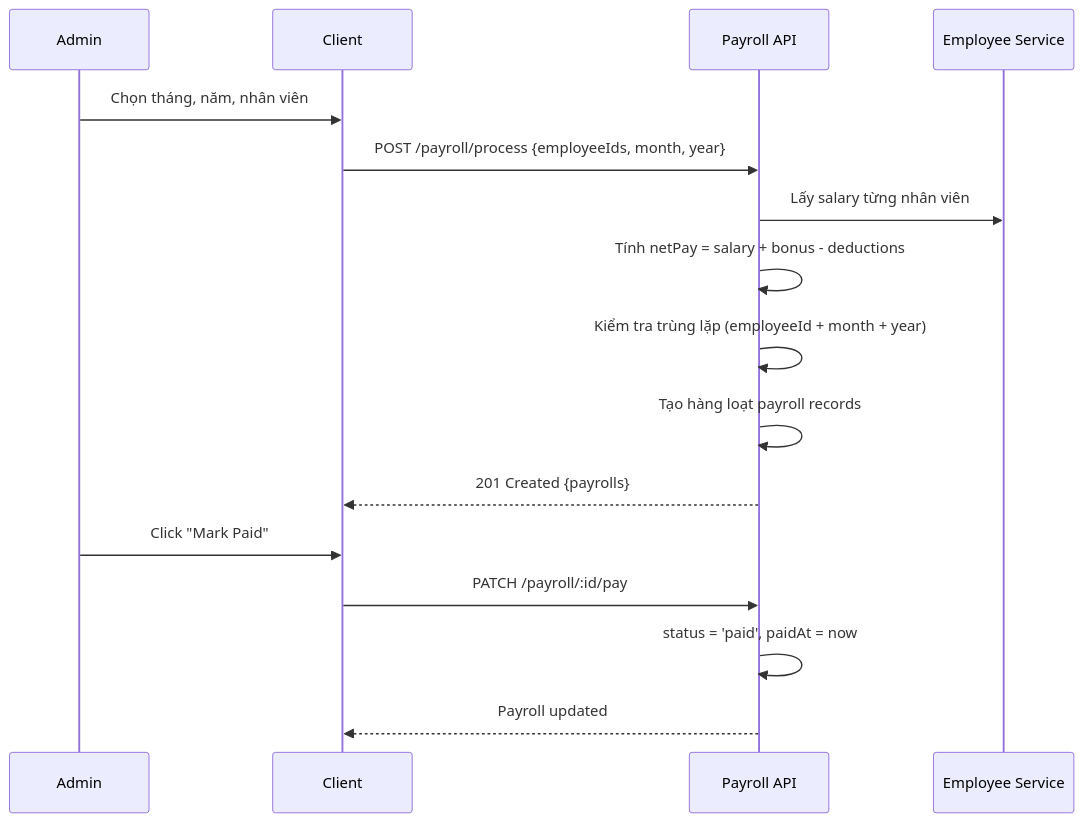
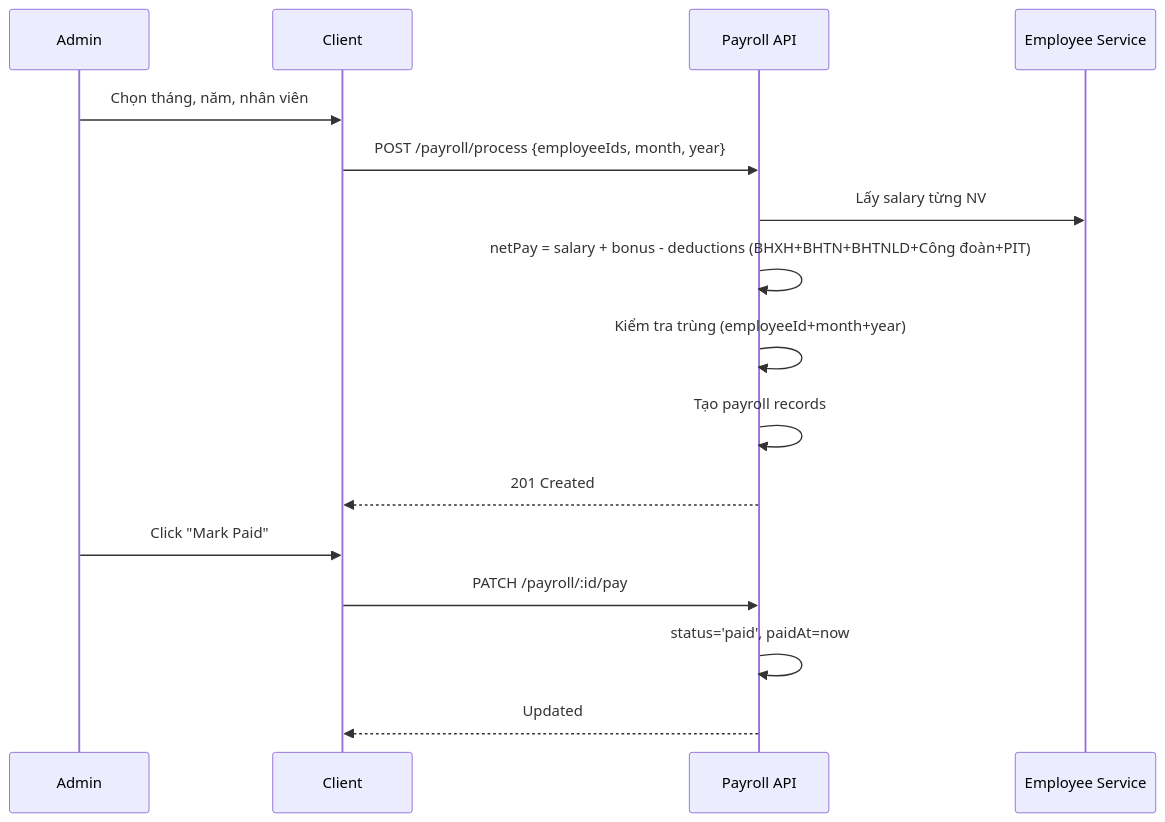
The seventh of 8 diagrams in docs/SRS.md (nghiaxh/hr-management), drawn with Mermaid before and after one commit. The commit also changed other lines of this file and 8 other files, not shown here.

````diff
--- a/docs/SRS.md
+++ b/docs/SRS.md
@@ -753,20 +897,18 @@
 ```mermaid
 sequenceDiagram
     participant A as Admin
-    participant UI as Client
-    participant API as Payroll API
+    participant U as Client
+    participant P as Payroll API
     participant EMP as Employee Service
-
-    A->>UI: Chọn tháng, năm, nhân viên
-    UI->>API: POST /payroll/process {employeeIds, month, year}
-    API->>EMP: Lấy salary từng nhân viên
-    API->>API: Tính netPay = salary + bonus - deductions
-    API->>API: Kiểm tra trùng lặp (employeeId + month + year)
-    API->>API: Tạo hàng loạt payroll records
-    API-->>UI: 201 Created {payrolls}
-
-    A->>UI: Click "Mark Paid"
-    UI->>API: PATCH /payroll/:id/pay
-    API->>API: status = 'paid', paidAt = now
-    API-->>UI: Payroll updated
+    A->>U: Chọn tháng, năm, nhân viên
+    U->>P: POST /payroll/process {employeeIds, month, year}
+    P->>EMP: Lấy salary từng NV
+    P->>P: netPay = salary + bonus - deductions (BHXH+BHTN+BHTNLD+Công đoàn+PIT)
+    P->>P: Kiểm tra trùng (employeeId+month+year)
+    P->>P: Tạo payroll records
+    P-->>U: 201 Created
+    A->>U: Click "Mark Paid"
+    U->>P: PATCH /payroll/:id/pay
+    P->>P: status='paid', paidAt=now
+    P-->>U: Updated
 ```
````
